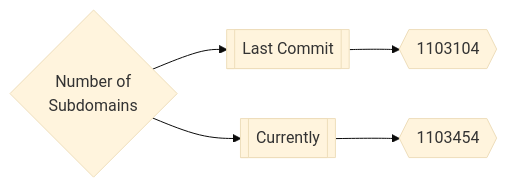
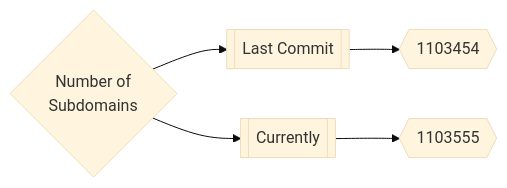
Before and after one commit to trickest/inventory: the first of 3 diagrams in README.md, drawn with Mermaid (base theme). The commit also changed other lines of this file, not shown here.

Commit message:
Update Fri Apr  1 01:01:24 UTC 2022

````diff
--- a/README.md
+++ b/README.md
@@ -165,5 +165,5 @@
 ```mermaid
 graph LR
-title{Number of<br>Subdomains} --> subdomainsDate1[[Last Commit]] --> subdomainsNum1{{1103104}}
-title --> subdomainsDate2[[Currently]] --> subdomainsNum2{{1103454}}
+title{Number of<br>Subdomains} --> subdomainsDate1[[Last Commit]] --> subdomainsNum1{{1103454}}
+title --> subdomainsDate2[[Currently]] --> subdomainsNum2{{1103555}}
 ```
````
